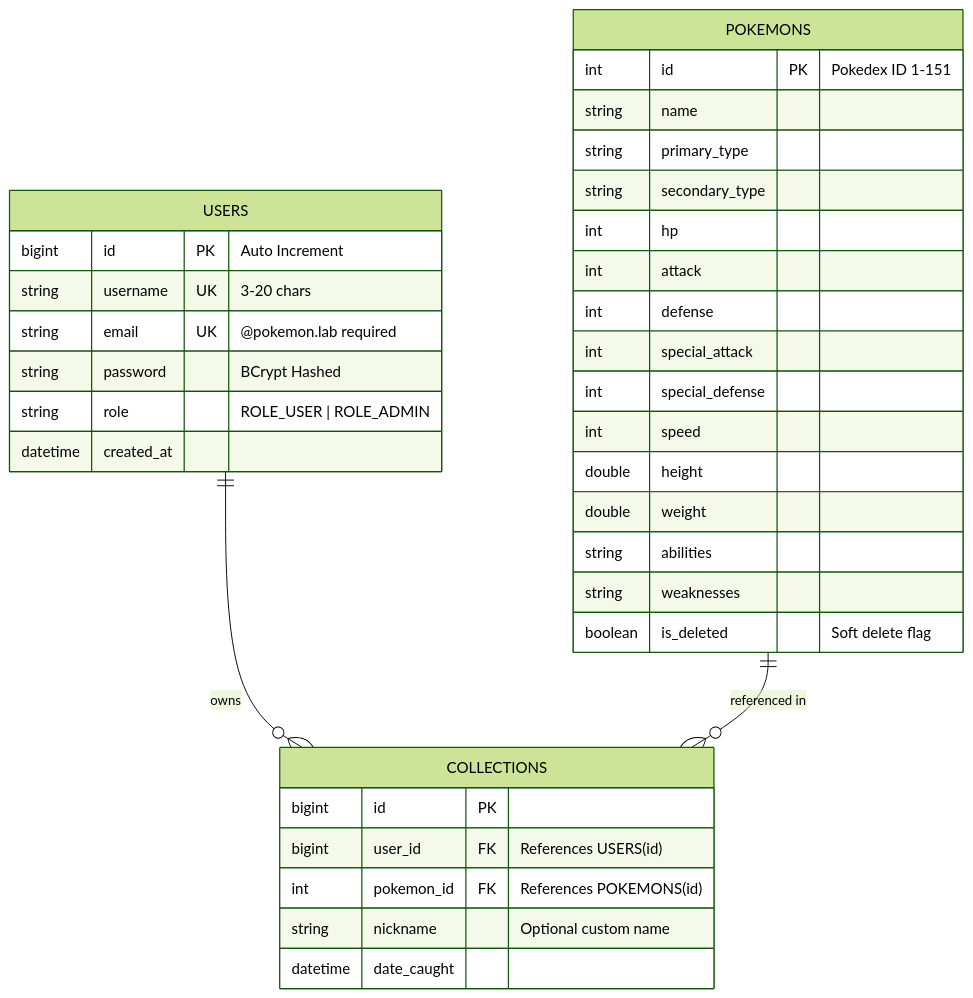
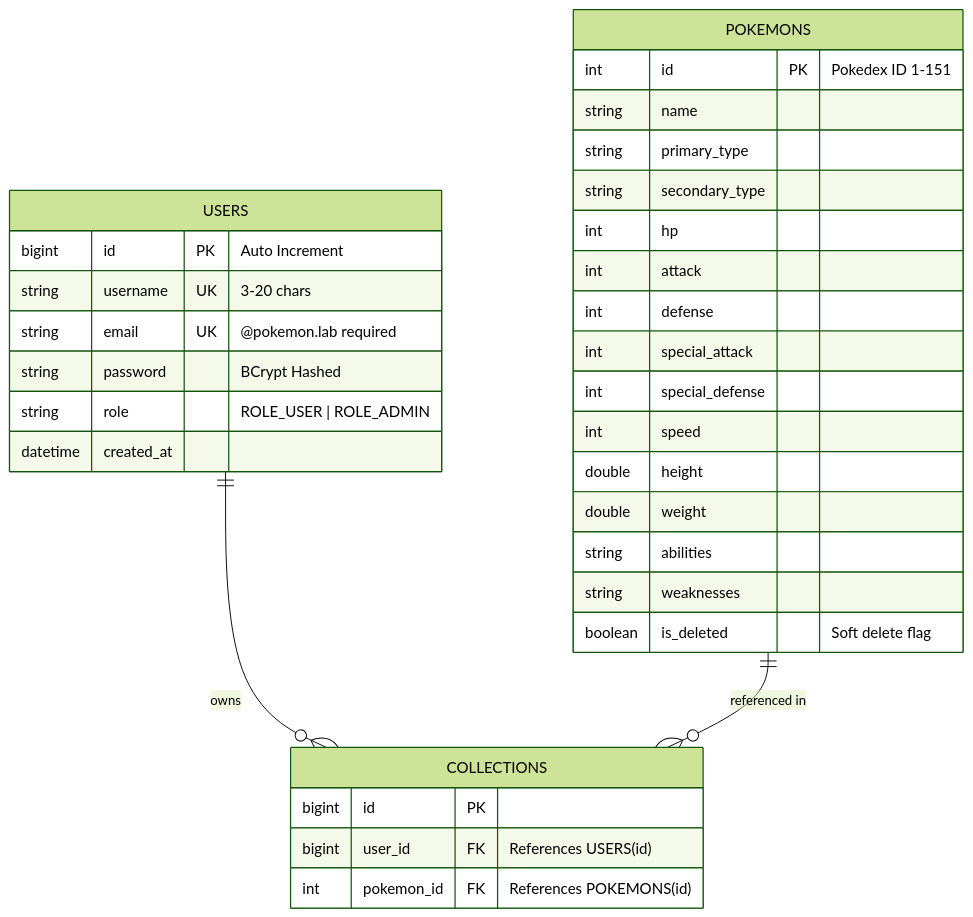
The diagram in README.md (krtjhn/OOPDex), drawn with Mermaid (forest theme) before and after one commit. The commit also changed other lines of this file and 9 other files, not shown here.

````diff
--- a/README.md
+++ b/README.md
@@ -275,40 +288,38 @@
 ```mermaid
 erDiagram
     USERS ||--o{ COLLECTIONS : "owns"
     POKEMONS ||--o{ COLLECTIONS : "referenced in"
 
     USERS {
         bigint id PK "Auto Increment"
         string username UK "3-20 chars"
         string email UK "@pokemon.lab required"
         string password "BCrypt Hashed"
         string role "ROLE_USER | ROLE_ADMIN"
         datetime created_at
     }
 
     POKEMONS {
         int id PK "Pokedex ID 1-151"
         string name
         string primary_type
         string secondary_type
         int hp
         int attack
         int defense
         int special_attack
         int special_defense
         int speed
         double height
         double weight
         string abilities
         string weaknesses
         boolean is_deleted "Soft delete flag"
     }
 
     COLLECTIONS {
         bigint id PK
         bigint user_id FK "References USERS(id)"
         int pokemon_id FK "References POKEMONS(id)"
-        string nickname "Optional custom name"
-        datetime date_caught
     }
 ```
````
